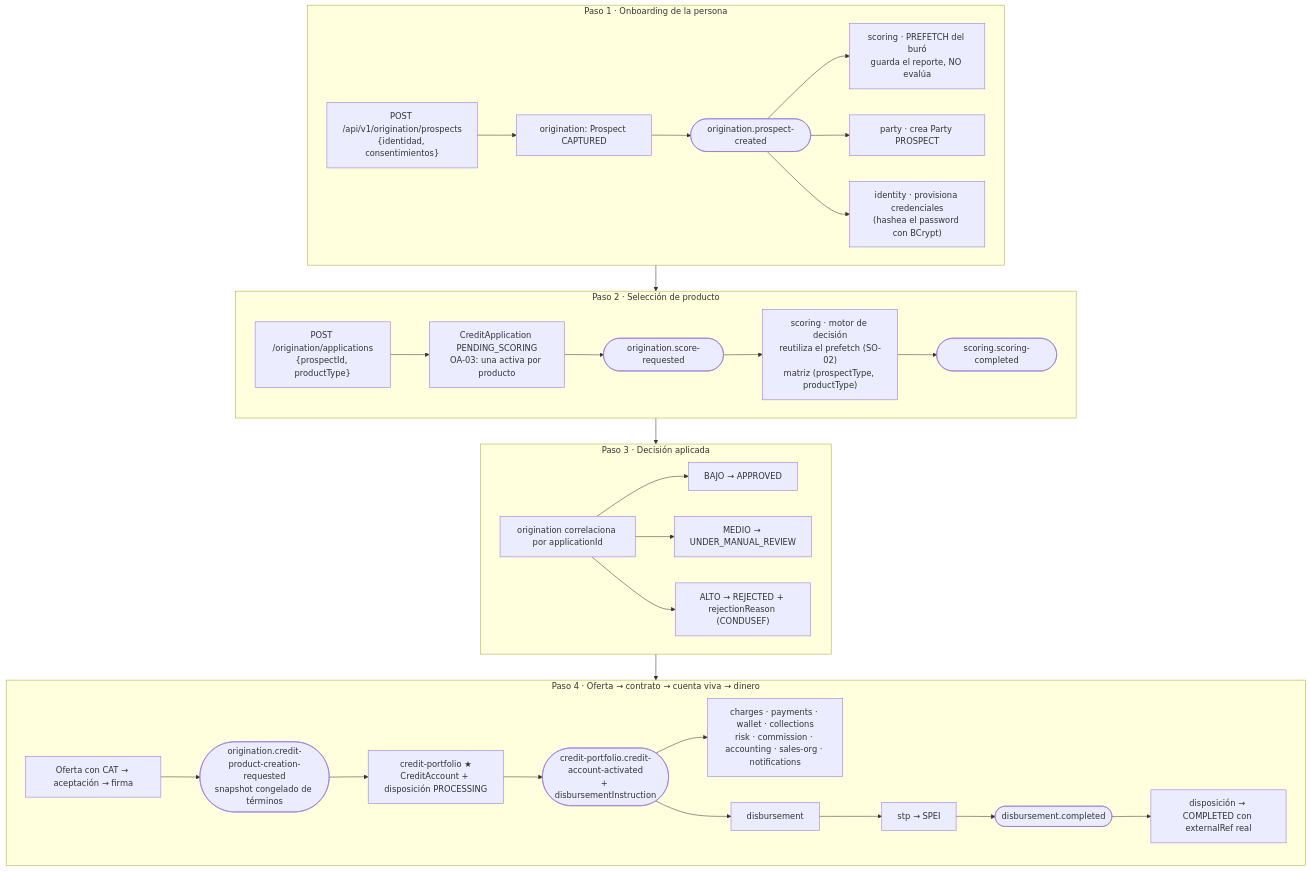
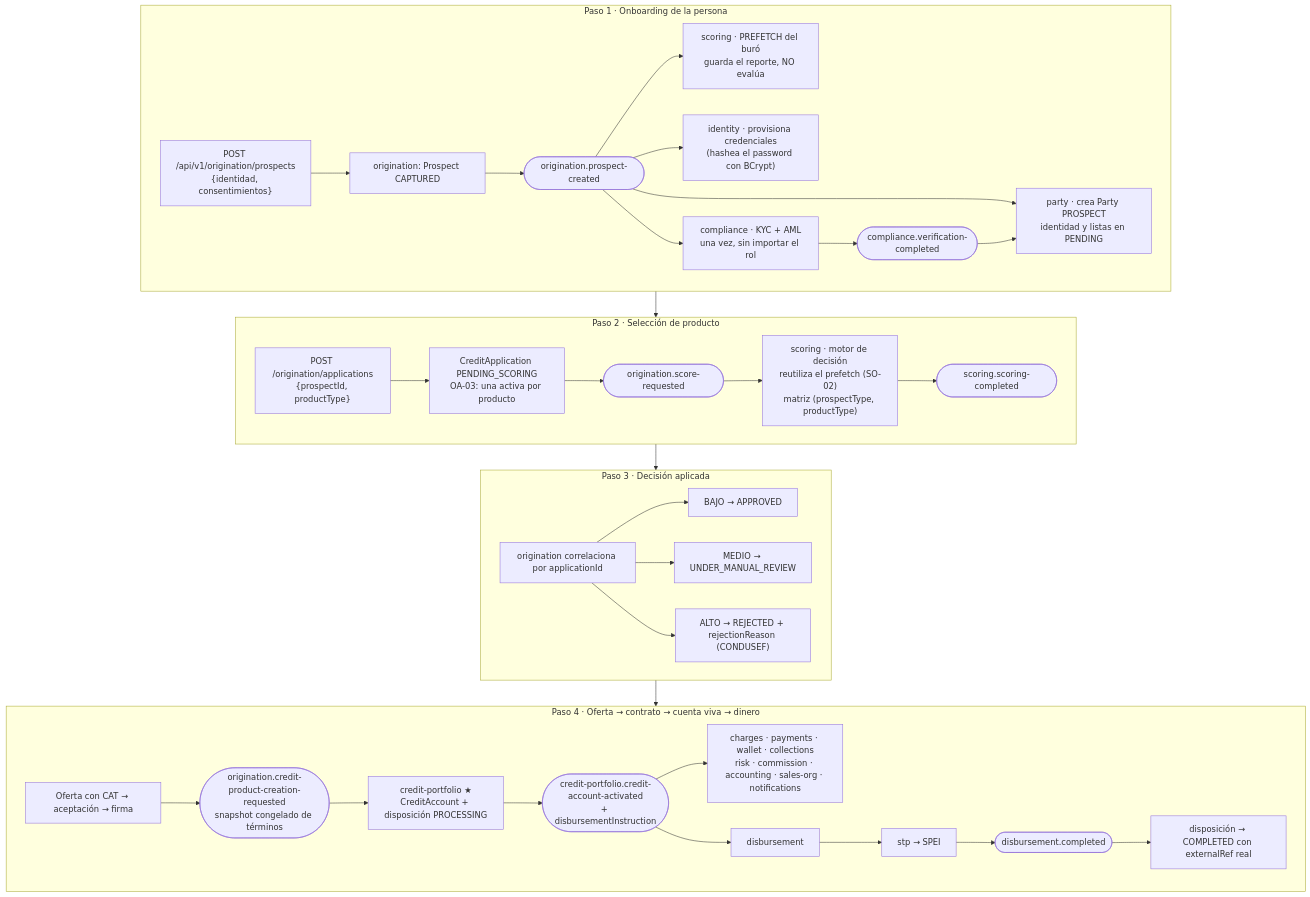
The sixth of 11 diagrams in README.md (Emmanuel93/fintech-services), drawn with Mermaid before and after one commit. The commit also changed other lines of this file and 474 other files, not shown here.

Commit message:
KYC y AML por persona: compliance-service y sus compuertas

````diff
--- a/README.md
+++ b/README.md
@@ -405,34 +409,37 @@
 ```mermaid
 flowchart TB
     subgraph P1["Paso 1 · Onboarding de la persona"]
         A1["POST /api/v1/origination/prospects<br/>{identidad, consentimientos}"] --> A2["origination: Prospect CAPTURED"]
         A2 --> A3(["origination.prospect-created"])
         A3 --> A4["scoring · PREFETCH del buró<br/>guarda el reporte, NO evalúa"]
-        A3 --> A5["party · crea Party PROSPECT"]
+        A3 --> A5["party · crea Party PROSPECT<br/>identidad y listas en PENDING"]
         A3 --> A6["identity · provisiona credenciales<br/>(hashea el password con BCrypt)"]
+        A3 --> A7["compliance · KYC + AML<br/>una vez, sin importar el rol"]
+        A7 --> A8(["compliance.verification-completed"])
+        A8 --> A5
     end
 
     subgraph P2["Paso 2 · Selección de producto"]
         B1["POST /origination/applications<br/>{prospectId, productType}"] --> B2["CreditApplication PENDING_SCORING<br/>OA-03: una activa por producto"]
         B2 --> B3(["origination.score-requested"])
         B3 --> B4["scoring · motor de decisión<br/>reutiliza el prefetch (SO-02)<br/>matriz (prospectType, productType)"]
         B4 --> B5(["scoring.scoring-completed"])
     end
 
     subgraph P3["Paso 3 · Decisión aplicada"]
         C1["origination correlaciona por applicationId"] --> C2["BAJO → APPROVED"]
         C1 --> C3["MEDIO → UNDER_MANUAL_REVIEW"]
         C1 --> C4["ALTO → REJECTED + rejectionReason (CONDUSEF)"]
     end
 
     subgraph P4["Paso 4 · Oferta → contrato → cuenta viva → dinero"]
         D1["Oferta con CAT → aceptación → firma"] --> D2(["origination.credit-product-creation-requested<br/>snapshot congelado de términos"])
         D2 --> D3["credit-portfolio ★<br/>CreditAccount + disposición PROCESSING"]
         D3 --> D4(["credit-portfolio.credit-account-activated<br/>+ disbursementInstruction"])
         D4 --> D5["charges · payments · wallet · collections<br/>risk · commission · accounting · sales-org · notifications"]
         D4 --> D6["disbursement"] --> D7["stp → SPEI"] --> D8(["disbursement.completed"])
         D8 --> D9["disposición → COMPLETED con externalRef real"]
     end
 
     P1 --> P2 --> P3 --> P4
 ```
````
